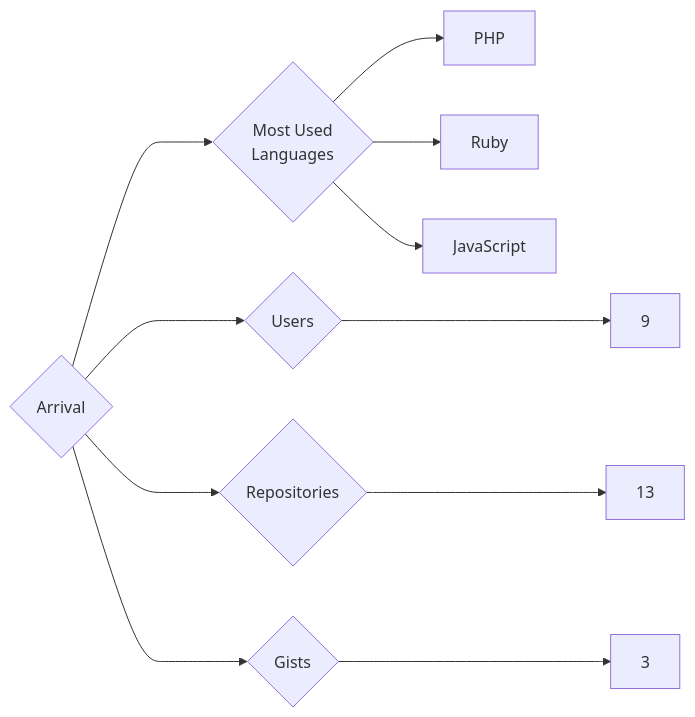
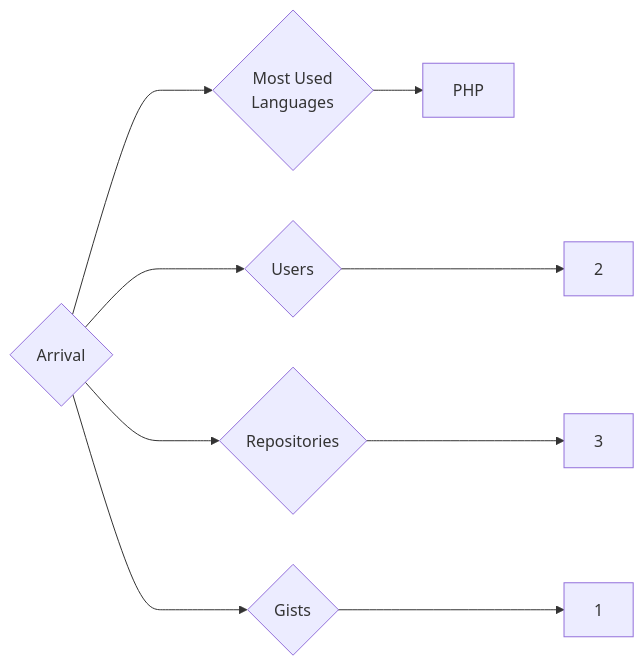
One commit to trickest/insiders changed the diagram in targets/Arrival/README.md. Above: the diagram before and after it, drawn with Mermaid. The commit also changed 1011 other files, not shown here.

````diff
--- a/targets/Arrival/README.md
+++ b/targets/Arrival/README.md
@@ -3,11 +3,9 @@
 ```mermaid
 graph LR
 COMPANY_NAME{Arrival}
-COMPANY_NAME ---> U{Users} ---> UN[9]
-COMPANY_NAME ---> R{Repositories} ---> RN[13]
-COMPANY_NAME ---> G{Gists} ---> GN[3]
+COMPANY_NAME ---> U{Users} ---> UN[2]
+COMPANY_NAME ---> R{Repositories} ---> RN[3]
+COMPANY_NAME ---> G{Gists} ---> GN[1]
 COMPANY_NAME ---> ML{Most Used<br>Languages}
 ML --> PHP[PHP]
-ML --> Ruby[Ruby]
-ML --> JavaScript[JavaScript]
 ```
````
